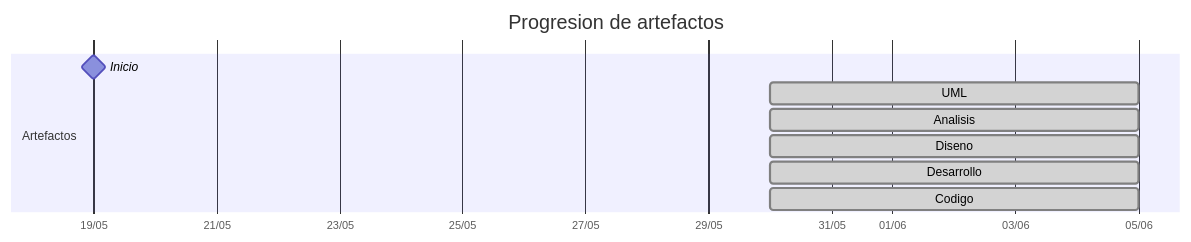
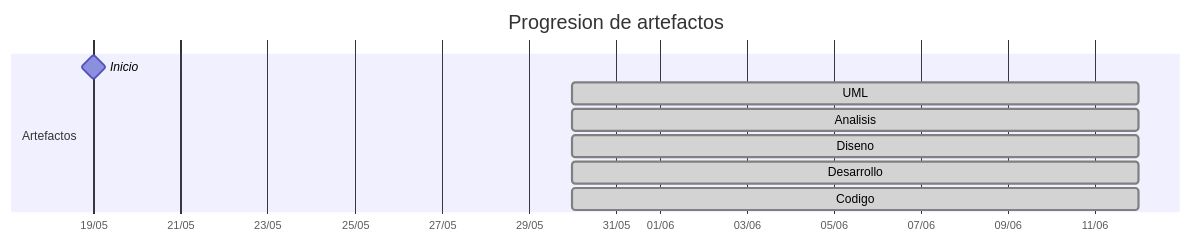
Before and after one commit to mmasias/25-26-idsw2-sdVC: the diagram in TIMELINES/manuelmunoz8.md, drawn with Mermaid. The commit also changed other lines of this file and 9 other files, not shown here.

````diff
--- a/TIMELINES/manuelmunoz8.md
+++ b/TIMELINES/manuelmunoz8.md
@@ -20,13 +20,13 @@
 ```mermaid
 gantt
     title Progresion de artefactos
     dateFormat YYYY-MM-DD
     axisFormat %d/%m
     section Artefactos
         Inicio       :milestone, 2026-05-19, 0d
-        UML          :done, 2026-05-30, 2026-06-05
-        Analisis     :done, 2026-05-30, 2026-06-05
-        Diseno       :done, 2026-05-30, 2026-06-05
-        Desarrollo   :done, 2026-05-30, 2026-06-05
-        Codigo       :done, 2026-05-30, 2026-06-05
+        UML          :done, 2026-05-30, 2026-06-12
+        Analisis     :done, 2026-05-30, 2026-06-12
+        Diseno       :done, 2026-05-30, 2026-06-12
+        Desarrollo   :done, 2026-05-30, 2026-06-12
+        Codigo       :done, 2026-05-30, 2026-06-12
 ```
````
